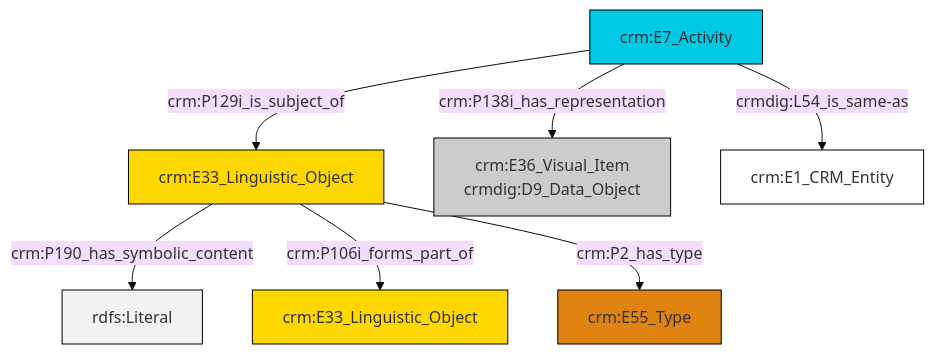
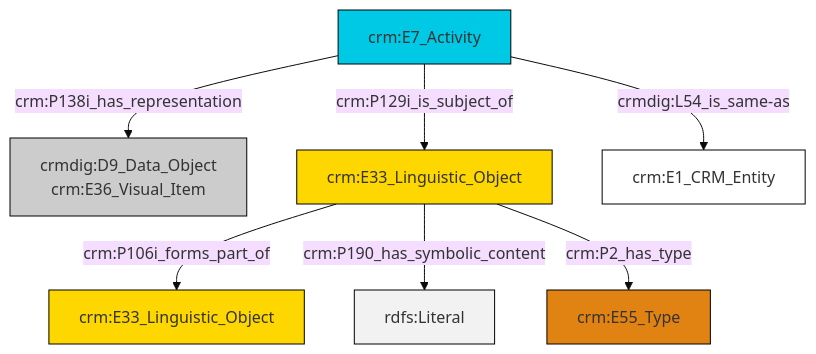
The diagram in et/eventCSV/ttl/mmd/event_documentation.ttl.mmd (swiss-art-research-net/docs.swissartresearch), drawn with Mermaid (base theme) before and after one commit. The commit also changed 216 other files, not shown here.

```diff
--- a/et/eventCSV/ttl/mmd/event_documentation.ttl.mmd
+++ b/et/eventCSV/ttl/mmd/event_documentation.ttl.mmd
@@ -1,21 +1,21 @@
 graph TD
 classDef Literal fill:#f2f2f2,stroke:#000000;
 classDef CRM_Entity fill:#FFFFFF,stroke:#000000;
 classDef Temporal_Entity fill:#00C9E6, stroke:#000000;
 classDef Type fill:#E18312, stroke:#000000;
 classDef Time-Span fill:#2C9C91, stroke:#000000;
 classDef Appellation fill:#FFEB7F, stroke:#000000;
 classDef Place fill:#008836, stroke:#000000;
 classDef Persistent_Item fill:#B266B2, stroke:#000000;
 classDef Conceptual_Object fill:#FFD700, stroke:#000000;
 classDef Physical_Thing fill:#D2B48C, stroke:#000000;
 classDef Actor fill:#f58aad, stroke:#000000;
 classDef PC_Classes fill:#4ce600, stroke:#000000;
 classDef Multi fill:#cccccc,stroke:#000000;
 
-2["crm:E33_Linguistic_Object"]:::Conceptual_Object -->|crm:P190_has_symbolic_content| 6[rdfs:Literal]:::Literal
-4["crm:E7_Activity"]:::Temporal_Entity -->|crmdig:L54_is_same-as| 11["crm:E1_CRM_Entity"]:::CRM_Entity
-2["crm:E33_Linguistic_Object"]:::Conceptual_Object -->|crm:P106i_forms_part_of| 7["crm:E33_Linguistic_Object"]:::Conceptual_Object
-4["crm:E7_Activity"]:::Temporal_Entity -->|crm:P129i_is_subject_of| 2["crm:E33_Linguistic_Object"]:::Conceptual_Object
-2["crm:E33_Linguistic_Object"]:::Conceptual_Object -->|crm:P2_has_type| 0["crm:E55_Type"]:::Type
-4["crm:E7_Activity"]:::Temporal_Entity -->|crm:P138i_has_representation| 9["crm:E36_Visual_Item<br>crmdig:D9_Data_Object"]:::Multi
+4["crm:E33_Linguistic_Object"]:::Conceptual_Object -->|crm:P106i_forms_part_of| 0["crm:E33_Linguistic_Object"]:::Conceptual_Object
+6["crm:E7_Activity"]:::Temporal_Entity -->|crm:P129i_is_subject_of| 4["crm:E33_Linguistic_Object"]:::Conceptual_Object
+6["crm:E7_Activity"]:::Temporal_Entity -->|crmdig:L54_is_same-as| 7["crm:E1_CRM_Entity"]:::CRM_Entity
+6["crm:E7_Activity"]:::Temporal_Entity -->|crm:P138i_has_representation| 2["crmdig:D9_Data_Object<br>crm:E36_Visual_Item"]:::Multi
+4["crm:E33_Linguistic_Object"]:::Conceptual_Object -->|crm:P190_has_symbolic_content| 11[rdfs:Literal]:::Literal
+4["crm:E33_Linguistic_Object"]:::Conceptual_Object -->|crm:P2_has_type| 9["crm:E55_Type"]:::Type
```
